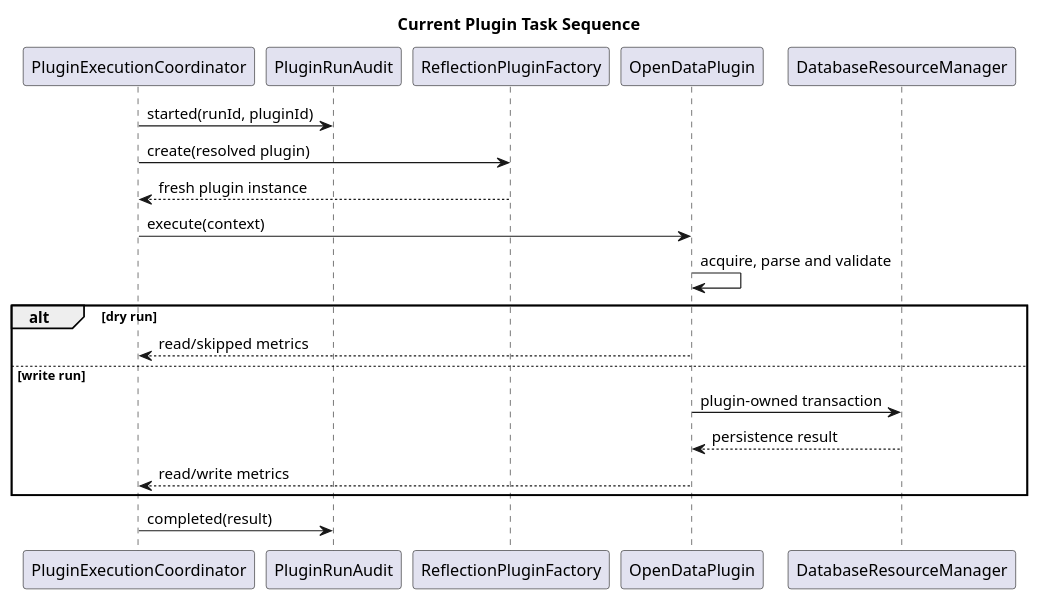
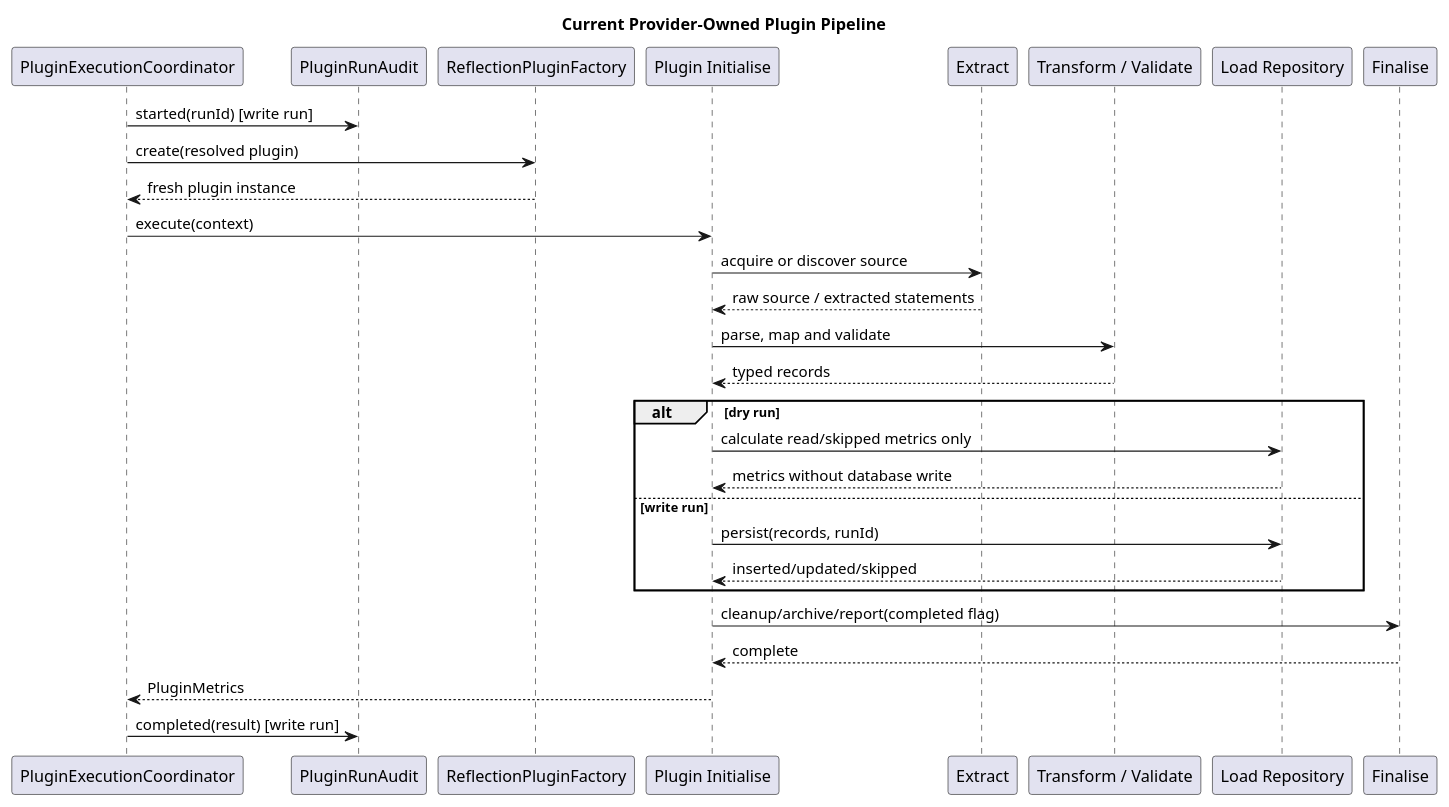
One commit to TerryCurranZellis/OpenData changed the diagram in docs/diagrams/source/pipeline-sequence.puml. Above: the diagram before and after it, drawn with PlantUML. The commit also changed 31 other files, not shown here.

```diff
--- a/docs/diagrams/source/pipeline-sequence.puml
+++ b/docs/diagrams/source/pipeline-sequence.puml
@@ -1,22 +1,31 @@
 @startuml
-title Current Plugin Task Sequence
+title Current Provider-Owned Plugin Pipeline
 participant PluginExecutionCoordinator as Coordinator
 participant PluginRunAudit as Audit
 participant ReflectionPluginFactory as Factory
-participant OpenDataPlugin as Plugin
-participant DatabaseResourceManager as Database
+participant "Plugin Initialise" as Initialise
+participant "Extract" as Extract
+participant "Transform / Validate" as Transform
+participant "Load Repository" as Load
+participant "Finalise" as Finalise
 
-Coordinator -> Audit : started(runId, pluginId)
+Coordinator -> Audit : started(runId) [write run]
 Coordinator -> Factory : create(resolved plugin)
 Factory --> Coordinator : fresh plugin instance
-Coordinator -> Plugin : execute(context)
-Plugin -> Plugin : acquire, parse and validate
+Coordinator -> Initialise : execute(context)
+Initialise -> Extract : acquire or discover source
+Extract --> Initialise : raw source / extracted statements
+Initialise -> Transform : parse, map and validate
+Transform --> Initialise : typed records
 alt dry run
-  Plugin --> Coordinator : read/skipped metrics
+  Initialise -> Load : calculate read/skipped metrics only
+  Load --> Initialise : metrics without database write
 else write run
-  Plugin -> Database : plugin-owned transaction
-  Database --> Plugin : persistence result
-  Plugin --> Coordinator : read/write metrics
+  Initialise -> Load : persist(records, runId)
+  Load --> Initialise : inserted/updated/skipped
 end
-Coordinator -> Audit : completed(result)
+Initialise -> Finalise : cleanup/archive/report(completed flag)
+Finalise --> Initialise : complete
+Initialise --> Coordinator : PluginMetrics
+Coordinator -> Audit : completed(result) [write run]
 @enduml
```
